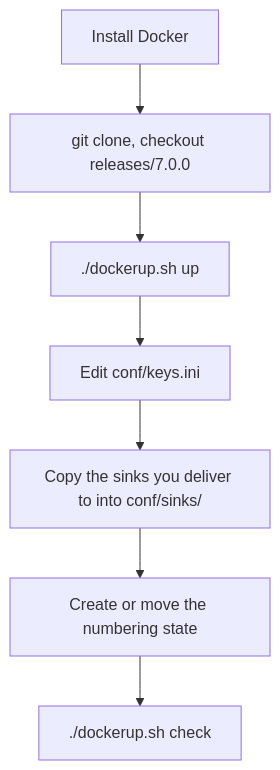
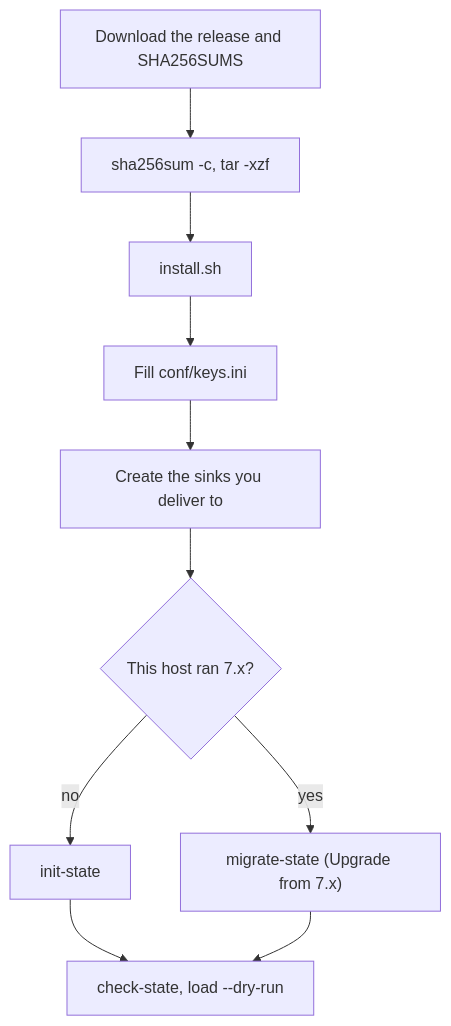
Before and after one commit to dvygo/Securities: the diagram in deploy/SETUP.md, drawn with Mermaid. The commit also changed other lines of this file and 119 other files, not shown here.

````diff
--- a/deploy/SETUP.md
+++ b/deploy/SETUP.md
@@ -5,9 +5,12 @@
 ```mermaid
 flowchart TB
-    A["Install Docker"] --> B["git clone, checkout releases/7.0.0"]
-    B --> C["./dockerup.sh up"]
-    C --> D["Edit conf/keys.ini"]
-    D --> E["Copy the sinks you deliver to into conf/sinks/"]
-    E --> F["Create or move the numbering state"]
-    F --> G["./dockerup.sh check"]
+    A["Download the release and SHA256SUMS"] --> B["sha256sum -c, tar -xzf"]
+    B --> C["install.sh"]
+    C --> D["Fill conf/keys.ini"]
+    D --> E["Create the sinks you deliver to"]
+    E --> F{"This host ran 7.x?"}
+    F -->|no| G["init-state"]
+    F -->|yes| H["migrate-state (Upgrade from 7.x)"]
+    G --> I["check-state, load --dry-run"]
+    H --> I
 ```
````
